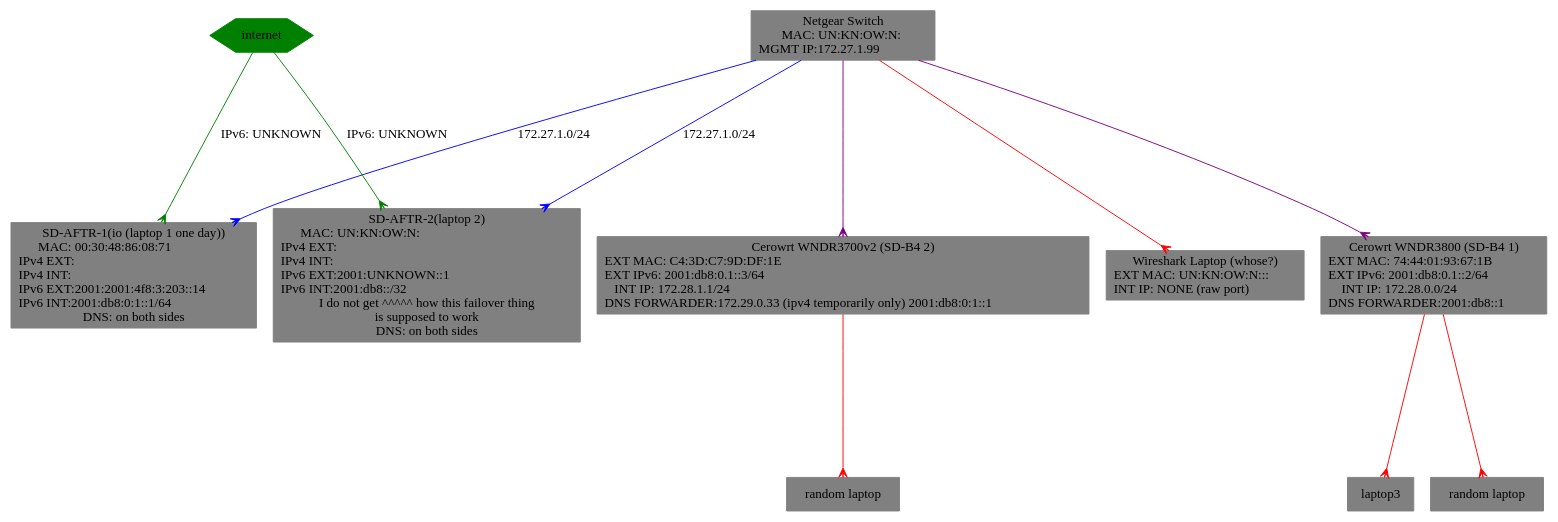
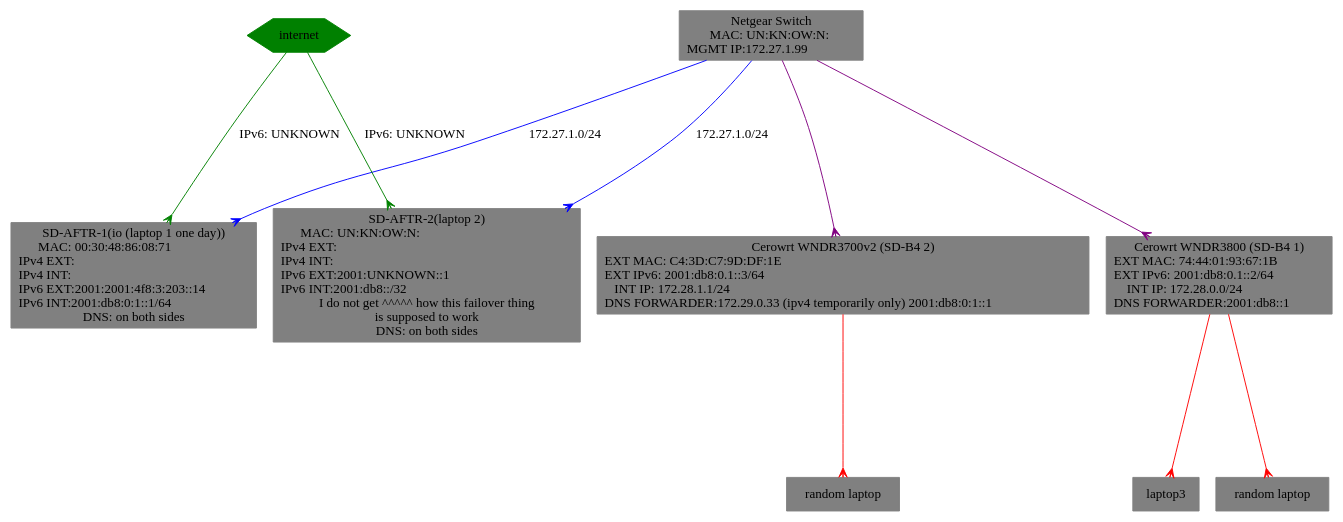
One commit to dtaht/sdcpe-demo-doc changed the diagram in shownet.gv. Above: the diagram before and after it, drawn with Graphviz.

Commit message:
nuked wireshark laptop for real

```diff
--- a/shownet.gv
+++ b/shownet.gv
@@ -1,33 +1,31 @@
 digraph G {
  ranksep=2;
  ratio=auto;
  "SWITCH" [label="Netgear Switch\n        MAC: UN:KN:OW:N:\lMGMT IP:172.27.1.99\l"
 	   shape="box",style="filled",color="grey" ];
  "Internet" [label="internet",
 	     shape="hexagon",style="filled",color="green" ];
  "SD-AFTR-2" [label="SD-AFTR-2(laptop 2)\n       MAC: UN:KN:OW:N:\lIPv4 EXT:\lIPv4 INT:\lIPv6 EXT:2001:UNKNOWN::1\lIPv6 INT:2001:db8::/32\lI do not get ^^^^^ how this failover thing\nis supposed to work\nDNS: on both sides",
 	      shape="box",style="filled",color="grey" ];
  "SD-AFTR-1" [label="SD-AFTR-1(io (laptop 1 one day))\n       MAC: 00:30:48:86:08:71\lIPv4 EXT:\lIPv4 INT:\lIPv6 EXT:2001:2001:4f8:3:203::14\lIPv6 INT:2001:db8:0:1::1/64\lDNS: on both sides",
 	      shape="box",style="filled",color="grey" ];
  "SD-B4-1" [label="Cerowrt WNDR3800 (SD-B4 1)\nEXT MAC: 74:44:01:93:67:1B\l EXT IPv6: 2001:db8:0.1::2/64\l     INT IP: 172.28.0.0/24\lDNS FORWARDER:2001:db8::1\l",
 	    shape="box",style="filled",color="grey" ];
  "SD-B4-2" [label="Cerowrt WNDR3700v2 (SD-B4 2)\nEXT MAC: C4:3D:C7:9D:DF:1E\lEXT IPv6: 2001:db8:0.1::3/64\l    INT IP: 172.28.1.1/24\lDNS FORWARDER:172.29.0.33 (ipv4 temporarily only) 2001:db8:0:1::1\l",
 	    shape="box",style="filled",color="grey" ];
- "wireshark" [label="Wireshark Laptop (whose?)\nEXT MAC: UN:KN:OW:N:::\l INT IP: NONE (raw port)\l",
-	    shape="box",style="filled",color="grey" ];
+# "wireshark" [label="Wireshark Laptop (whose?)\nEXT MAC: UN:KN:OW:N:::\l INT IP: NONE (raw port)\l",
+#	    shape="box",style="filled",color="grey" ];
  "SWITCH" -> "SD-AFTR-2" [ label="172.27.1.0/24",color="blue",arrowhead="crow" ];
  "SWITCH" -> "SD-AFTR-1" [ label="172.27.1.0/24",color="blue",arrowhead="crow" ];
  "SWITCH" -> "SD-B4-1" [ color="purple",arrowhead="crow" ];
  "SWITCH" -> "SD-B4-2" [ color="purple",arrowhead="crow" ];
- "SWITCH" -> "wireshark" [ color="red",arrowhead="crow" ];
+# "SWITCH" -> "wireshark" [ color="red",arrowhead="crow" ];
  "client1" [ label="laptop3",shape="box",style="filled",color="grey" ];
  "client2" [ label="random laptop",shape="box",style="filled",color="grey" ];
  "client3" [ label="random laptop",shape="box",style="filled",color="grey" ];
-# "client4" [ label="random laptop (wireless)",shape="box",style="filled",color="grey" ];
  "Internet" -> "SD-AFTR-1" [ label="IPv6: UNKNOWN",color="green",arrowhead="crow" ];
  "Internet" -> "SD-AFTR-2" [ label="IPv6: UNKNOWN",color="green",arrowhead="crow" ];
  "SD-B4-1" -> "client1" [ color="red",arrowhead="crow" ];
  "SD-B4-1" -> "client2" [ color="red",arrowhead="crow" ];
  "SD-B4-2" -> "client3" [ color="red",arrowhead="crow" ];
-# "SD-B4-2" -> "client4" [ color="yellow",style="dashed",arrowhead="none" ];
 }
```
